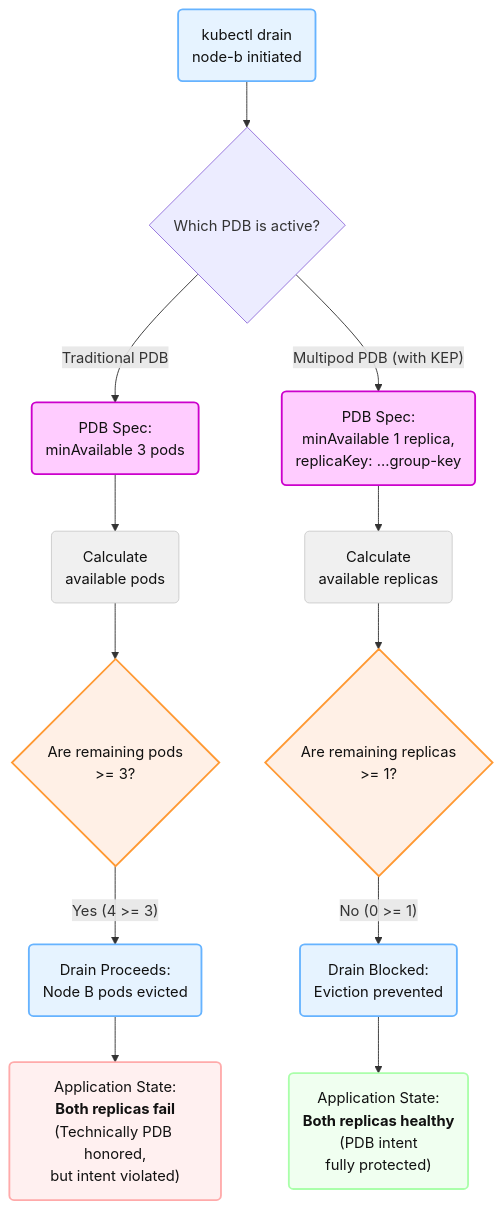
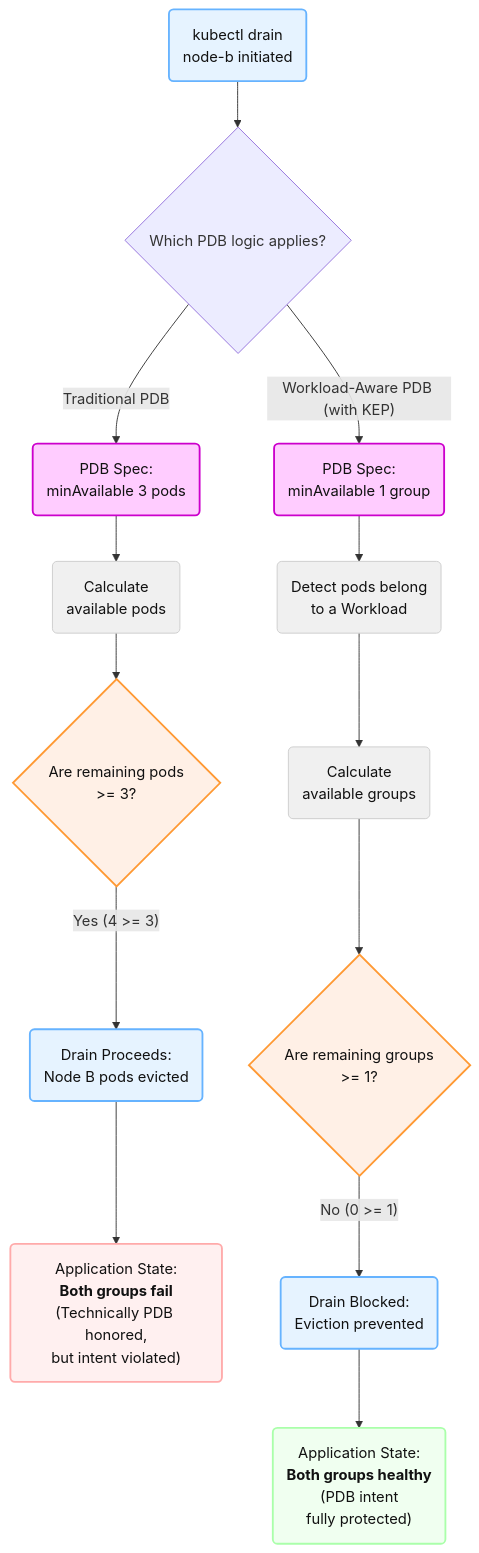
The second of 2 diagrams in keps/sig-apps/draft-20251010-multipod-pdb/README.md (kubernetes/enhancements), drawn with Mermaid before and after one commit. The commit also changed other lines of this file, not shown here.

````diff
--- a/keps/sig-apps/draft-20251010-multipod-pdb/README.md
+++ b/keps/sig-apps/draft-20251010-multipod-pdb/README.md
@@ -357,47 +366,50 @@
 ```mermaid
 graph TD
     %% Define Styles for Flowchart Diagram
     classDef action fill:#e6f3ff,stroke:#66b3ff,stroke-width:2px,color:#111
     classDef decision fill:#fff0e6,stroke:#ff9933,stroke-width:2px,color:#111
     classDef pdb_spec fill:#ffccff,stroke:#cc00cc,stroke-width:2px,color:#111
     classDef outcome_bad fill:#fff0f0,stroke:#ffaaaa,stroke-width:2px,color:#111
     classDef outcome_good fill:#f0fff0,stroke:#aaffaa,stroke-width:2px,color:#111
     classDef process fill:#f0f0f0,stroke:#ccc,color:#111
 
     StartDrain("kubectl drain<br/>node-b initiated")
     class StartDrain action
 
-    StartDrain --> PDB_Type{Which PDB is active?}
+    StartDrain --> PDB_Type{Which PDB logic applies?}
 
     PDB_Type -- "Traditional PDB" --> PDB_Old(PDB Spec:<br/>minAvailable 3 pods)
     class PDB_Old pdb_spec
 
-    PDB_Type -- "Multipod PDB (with KEP)" --> PDB_New(PDB Spec:<br/>minAvailable 1 replica,<br/>replicaKey: ...group-key)
+    PDB_Type -- "Workload-Aware PDB (with KEP)" --> PDB_New(PDB Spec:<br/>minAvailable 1 group)
     class PDB_New pdb_spec
 
     %% --- Traditional PDB Flow ---
     PDB_Old --> CalcPods(Calculate<br/>available pods)
     class CalcPods process
 
     CalcPods --> CheckPods{Are remaining pods<br/>>= 3?}
     class CheckPods decision
 
     CheckPods -- "Yes (4 >= 3)" --> DrainSuccess("Drain Proceeds:<br/>Node B pods evicted")
     class DrainSuccess action
 
-    DrainSuccess --> AppDown("Application State:<br/><b>Both replicas fail</b><br/>(Technically PDB honored,<br/>but intent violated)")
+    DrainSuccess --> AppDown("Application State:<br/><b>Both groups fail</b><br/>(Technically PDB honored,<br/>but intent violated)")
     class AppDown outcome_bad
 
     %% --- Multipod PDB Flow ---
-    PDB_New --> CalcReplicas(Calculate<br/>available replicas)
+    PDB_New --> DetectGroups(Detect pods belong<br/>to a Workload)
+    class DetectGroups process
+
+    DetectGroups --> CalcReplicas(Calculate<br/>available groups)
     class CalcReplicas process
 
-    CalcReplicas --> CheckReplicas{Are remaining replicas<br/>>= 1?}
+    CalcReplicas --> CheckReplicas{Are remaining groups<br/>>= 1?}
     class CheckReplicas decision
 
     CheckReplicas -- "No (0 >= 1)" --> DrainBlocked("Drain Blocked:<br/>Eviction prevented")
     class DrainBlocked action
 
-    DrainBlocked --> AppHealthy("Application State:<br/><b>Both replicas healthy</b><br/>(PDB intent<br/>fully protected)")
+    DrainBlocked --> AppHealthy("Application State:<br/><b>Both groups healthy</b><br/>(PDB intent<br/>fully protected)")
     class AppHealthy outcome_good
 ```
````
